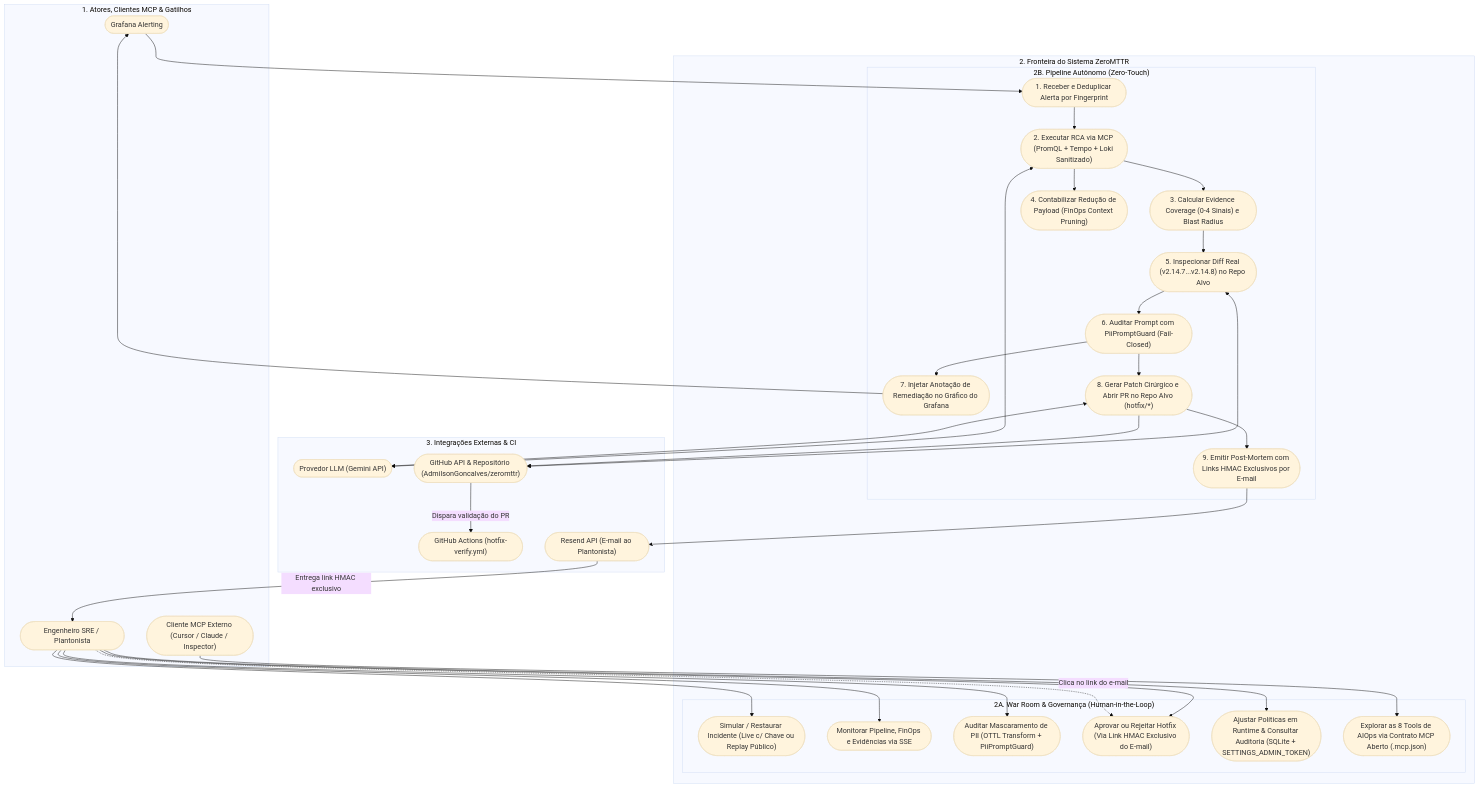
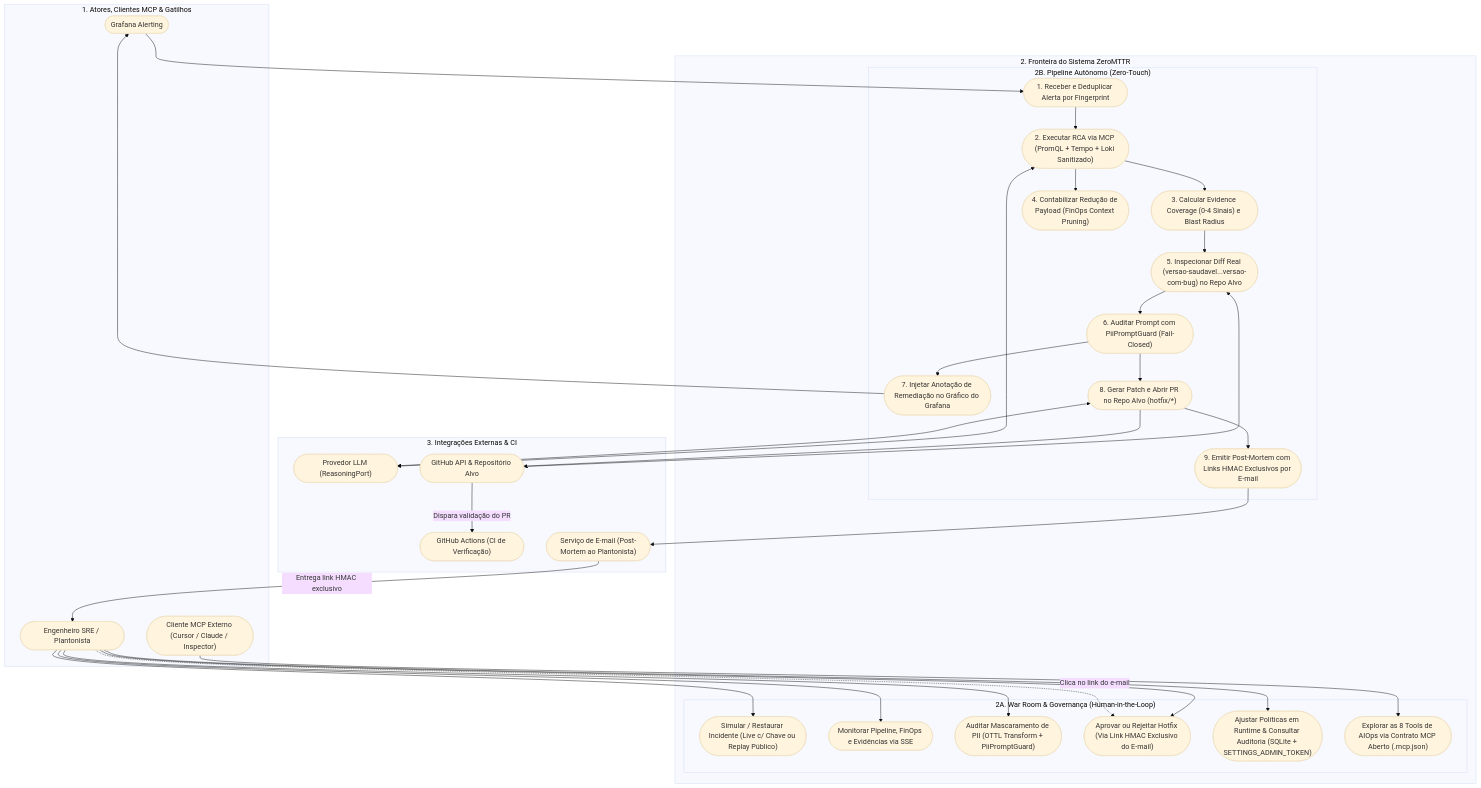
Before and after one commit to AdmilsonGoncalves/zeromttr: the first of 6 diagrams in docs/pt-BR/01_system_diagrams.md, drawn with Mermaid (base theme). The commit also changed other lines of this file and 75 other files, not shown here.

````diff
--- a/docs/pt-BR/01_system_diagrams.md
+++ b/docs/pt-BR/01_system_diagrams.md
@@ -16,70 +16,70 @@
 ```mermaid
 flowchart TD
     subgraph Atores["1. Atores, Clientes MCP & Gatilhos"]
         SRE(["Engenheiro SRE / Plantonista"])
         EXT_MCP(["Cliente MCP Externo (Cursor / Claude / Inspector)"])
         GRAF(["Grafana Alerting"])
     end
 
     subgraph ZeroMTTR_Boundary["2. Fronteira do Sistema ZeroMTTR"]
         subgraph Operacao_Interativa["2A. War Room & Governança (Human-in-the-Loop)"]
             UC_SIM(["Simular / Restaurar Incidente (Live c/ Chave ou Replay Público)"])
             UC_MON(["Monitorar Pipeline, FinOps e Evidências via SSE"])
             UC_PII(["Auditar Mascaramento de PII (OTTL Transform + PiiPromptGuard)"])
             UC_DEC(["Aprovar ou Rejeitar Hotfix (Via Link HMAC Exclusivo do E-mail)"])
             UC_CFG(["Ajustar Políticas em Runtime & Consultar Auditoria (SQLite + SETTINGS_ADMIN_TOKEN)"])
             UC_EXT(["Explorar as 8 Tools de AIOps via Contrato MCP Aberto (.mcp.json)"])
         end
 
         subgraph Pipeline_Autonomo["2B. Pipeline Autônomo (Zero-Touch)"]
             UC_ALT(["1. Receber e Deduplicar Alerta por Fingerprint"])
             UC_RCA(["2. Executar RCA via MCP (PromQL + Tempo + Loki Sanitizado)"])
             UC_COV(["3. Calcular Evidence Coverage (0-4 Sinais) e Blast Radius"])
             UC_FIN(["4. Contabilizar Redução de Payload (FinOps Context Pruning)"])
-            UC_DIFF(["5. Inspecionar Diff Real (v2.14.7...v2.14.8) no Repo Alvo"])
+            UC_DIFF(["5. Inspecionar Diff Real (versao-saudavel...versao-com-bug) no Repo Alvo"])
             UC_GUARD(["6. Auditar Prompt com PiiPromptGuard (Fail-Closed)"])
             UC_ANN(["7. Injetar Anotação de Remediação no Gráfico do Grafana"])
-            UC_PR(["8. Gerar Patch Cirúrgico e Abrir PR no Repo Alvo (hotfix/*)"])
+            UC_PR(["8. Gerar Patch e Abrir PR no Repo Alvo (hotfix/*)"])
             UC_NOT(["9. Emitir Post-Mortem com Links HMAC Exclusivos por E-mail"])
         end
     end
 
     subgraph Provedores_Externos["3. Integrações Externas & CI"]
-        LLM(["Provedor LLM (Gemini API)"])
-        GH(["GitHub API & Repositório (AdmilsonGoncalves/zeromttr)"])
-        GHCI(["GitHub Actions (hotfix-verify.yml)"])
-        RS(["Resend API (E-mail ao Plantonista)"])
+        LLM(["Provedor LLM (ReasoningPort)"])
+        GH(["GitHub API & Repositório Alvo"])
+        GHCI(["GitHub Actions (CI de Verificação)"])
+        RS(["Serviço de E-mail (Post-Mortem ao Plantonista)"])
     end
 
     %% Ações do SRE e Cliente MCP Externo
     SRE --> UC_SIM
     SRE --> UC_MON
     SRE --> UC_PII
     SRE --> UC_DEC
     SRE --> UC_CFG
     EXT_MCP --> UC_EXT
 
     %% Gatilho do Grafana
     GRAF --> UC_ALT
 
     %% Fluxo autônomo
     UC_ALT --> UC_RCA
     UC_RCA --> UC_COV
     UC_RCA --> UC_FIN
     UC_COV --> UC_DIFF
     UC_DIFF --> UC_GUARD
     UC_GUARD --> UC_ANN
     UC_GUARD --> UC_PR
     UC_PR --> UC_NOT
 
     %% Integrações externas
     UC_RCA <--> LLM
     UC_DIFF <--> GH
     UC_ANN --> GRAF
     UC_PR <--> LLM
     UC_PR --> GH
     GH -->|"Dispara validação do PR"| GHCI
     UC_NOT --> RS
     RS -->|"Entrega link HMAC exclusivo"| SRE
     SRE -.->|"Clica no link do e-mail"| UC_DEC
 ```
````
